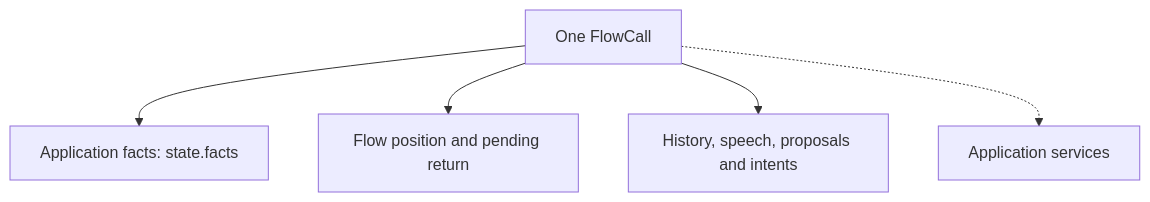
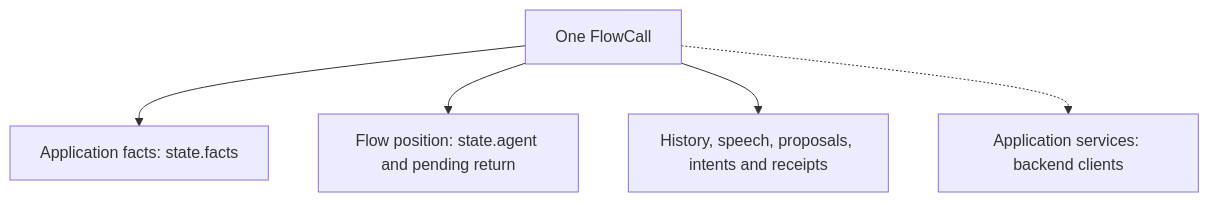
One commit to slng-ai/unmute-beat changed the first of 2 diagrams in docs/architecture/03-typed-state-and-history.md. Above: the diagram before and after it, drawn with Mermaid. The commit also changed other lines of this file and 3 other files, not shown here.

Commit message:
docs: explain architecture through a shared generic walkthrough

````diff
--- a/docs/architecture/03-typed-state-and-history.md
+++ b/docs/architecture/03-typed-state-and-history.md
@@ -42,7 +48,7 @@
 ```mermaid
 flowchart TD
     Call["One FlowCall"] --> Facts["Application facts: state.facts"]
-    Call --> Position["Flow position and pending return"]
-    Call --> Records["History, speech, proposals and intents"]
-    Call -.-> Services["Application services"]
+    Call --> Position["Flow position: state.agent and pending return"]
+    Call --> Records["History, speech, proposals, intents and receipts"]
+    Call -.-> Services["Application services: backend clients"]
 ```
````
